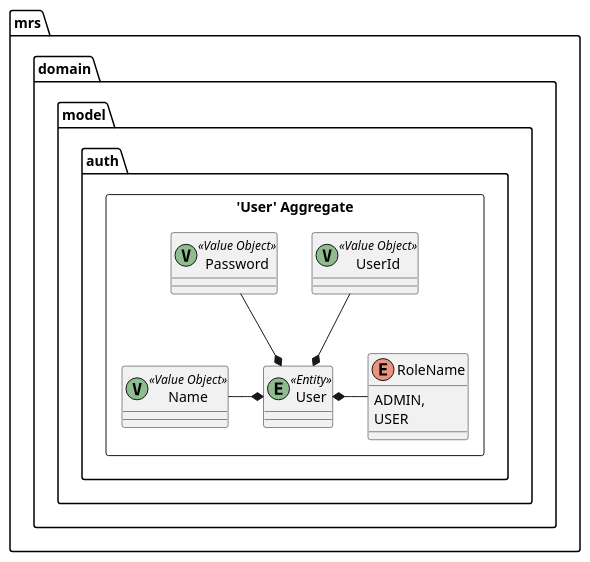
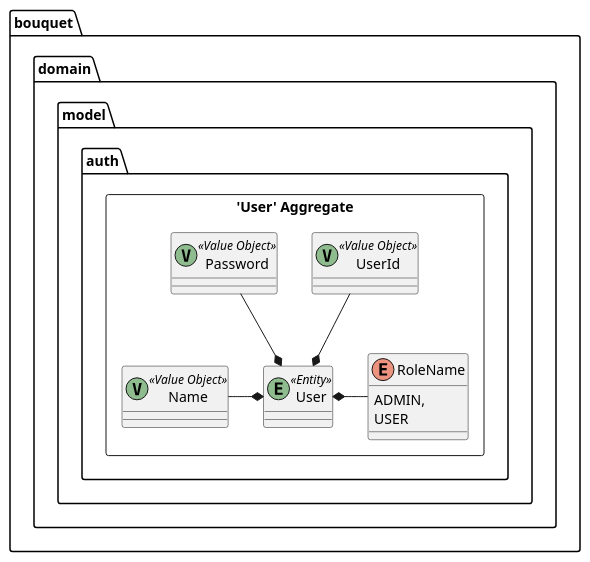
Before and after one commit to k2works/application_programing_excercise_2022: diagram 34 of 36 in docs/index.adoc, drawn with PlantUML. The commit also changed other lines of this file, not shown here.

Commit message:
docs: ユースケース複合図

```diff
--- a/docs/index.adoc
+++ b/docs/index.adoc
@@ -915,26 +1015,26 @@
 [plantuml]
 ----
 skinparam componentStyle uml2
 
-package mrs.domain.model.auth {
+package bouquet.domain.model.auth {
 	package "'User' Aggregate" <<Rectangle>> {
 		class User <<(E,DarkSeaGreen) Entity>> {
 		}
 		class UserId <<(V,DarkSeaGreen) Value Object>> {
 		}
 		class Name <<(V,DarkSeaGreen) Value Object>> {
 		}
 		class Password <<(V,DarkSeaGreen) Value Object>> {
 		}
 		enum RoleName {
             ADMIN,
             USER
 		}
 
         UserId --* User
         Password --* User
         Name -* User
         User *- RoleName
 	}
 }
 ----
```
